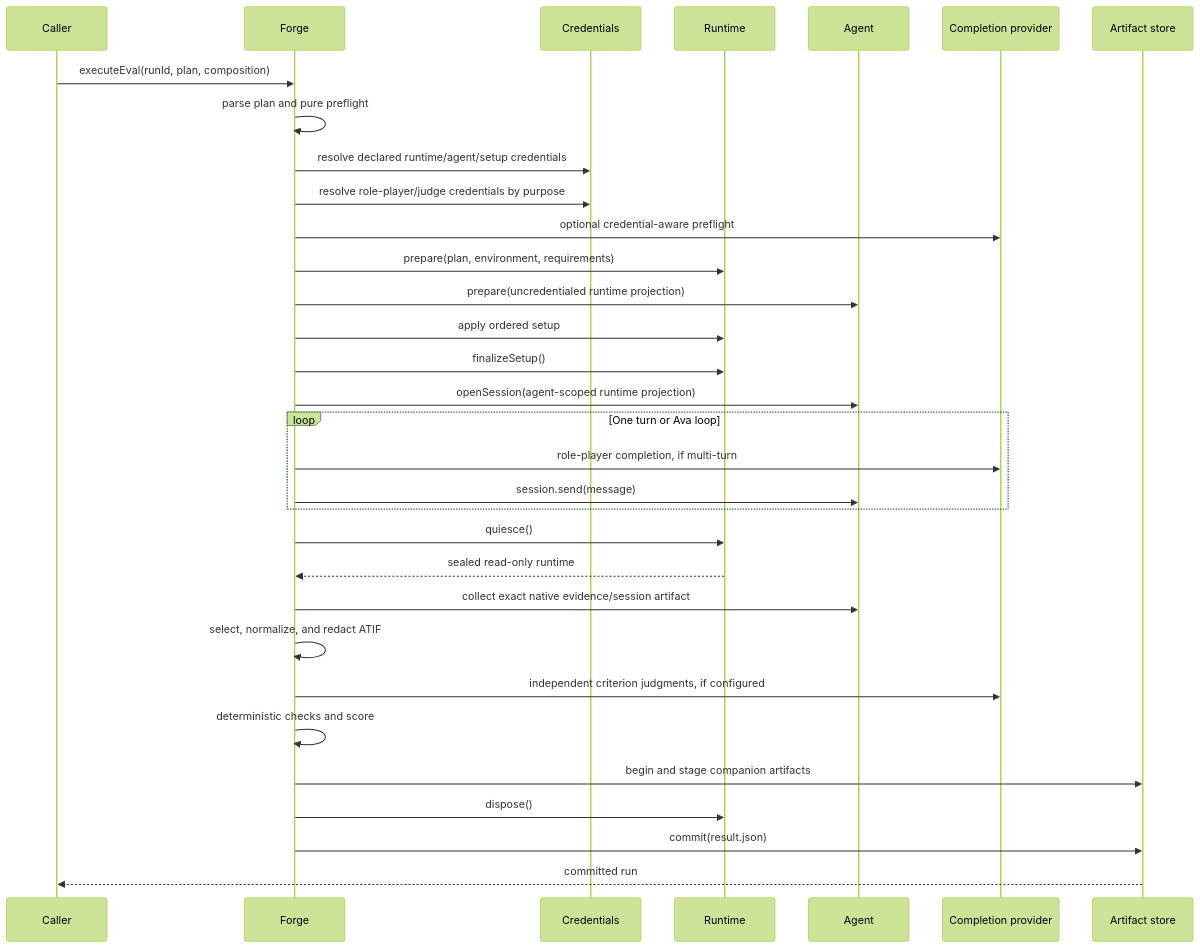
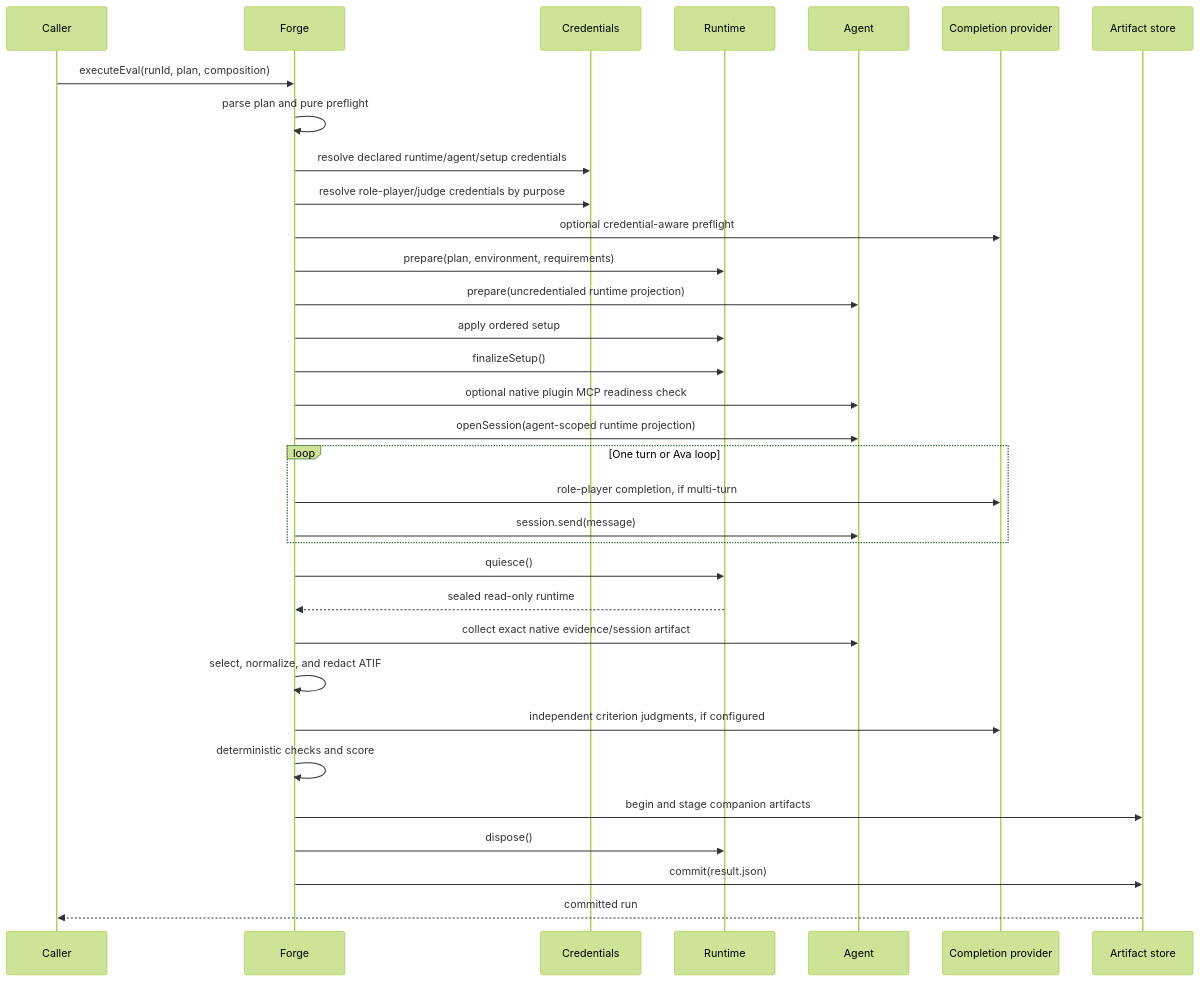
Before and after one commit to stripe/forge: the second of 3 diagrams in docs/architecture.md, drawn with Mermaid (forest theme). The commit also changed other lines of this file and 9 other files, not shown here.

First line of the commit message:
Check native plugin MCP readiness before starting eval sessions

````diff
--- a/docs/architecture.md
+++ b/docs/architecture.md
@@ -447,35 +447,36 @@
 ```mermaid
 sequenceDiagram
     participant Caller
     participant Forge
     participant Credentials
     participant Runtime
     participant Agent
     participant Completion as Completion provider
     participant Store as Artifact store
 
     Caller->>Forge: executeEval(runId, plan, composition)
     Forge->>Forge: parse plan and pure preflight
     Forge->>Credentials: resolve declared runtime/agent/setup credentials
     Forge->>Credentials: resolve role-player/judge credentials by purpose
     Forge->>Completion: optional credential-aware preflight
     Forge->>Runtime: prepare(plan, environment, requirements)
     Forge->>Agent: prepare(uncredentialed runtime projection)
     Forge->>Runtime: apply ordered setup
     Forge->>Runtime: finalizeSetup()
+    Forge->>Agent: optional native plugin MCP readiness check
     Forge->>Agent: openSession(agent-scoped runtime projection)
     loop One turn or Ava loop
         Forge->>Completion: role-player completion, if multi-turn
         Forge->>Agent: session.send(message)
     end
     Forge->>Runtime: quiesce()
     Runtime-->>Forge: sealed read-only runtime
     Forge->>Agent: collect exact native evidence/session artifact
     Forge->>Forge: select, normalize, and redact ATIF
     Forge->>Completion: independent criterion judgments, if configured
     Forge->>Forge: deterministic checks and score
     Forge->>Store: begin and stage companion artifacts
     Forge->>Runtime: dispose()
     Forge->>Store: commit(result.json)
     Store-->>Caller: committed run
 ```
````
